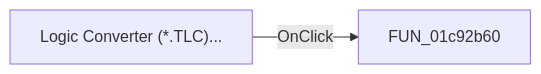
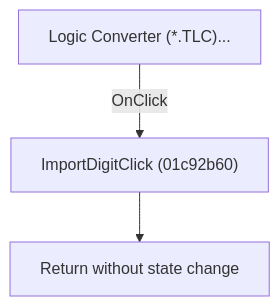
One commit to MovGP0/TIARA changed the diagram in docs/ui-controls/schematiceditor/importdigit-324f9a78cb.md. Above: the diagram before and after it, drawn with Mermaid. The commit also changed other lines of this file and 1062 other files, not shown here.

````diff
--- a/docs/ui-controls/schematiceditor/importdigit-324f9a78cb.md
+++ b/docs/ui-controls/schematiceditor/importdigit-324f9a78cb.md
@@ -27,4 +27,5 @@
 ```mermaid
-flowchart LR
-    control["Logic Converter (*.TLC)..."] -->|OnClick| handler["FUN_01c92b60"]
+flowchart TD
+    control["Logic Converter (*.TLC)..."] -->|"OnClick"| handler["ImportDigitClick (01c92b60)"]
+    handler --> return["Return without state change"]
 ```
````
